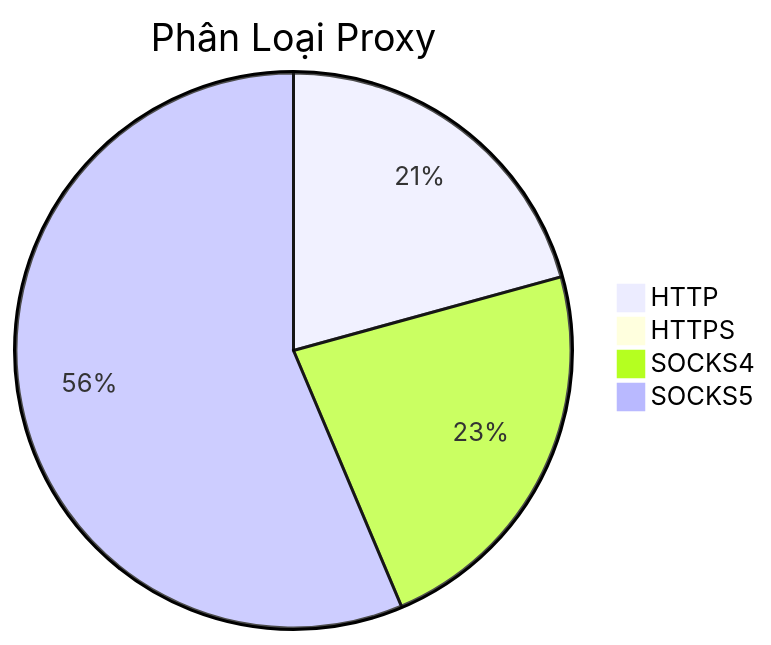
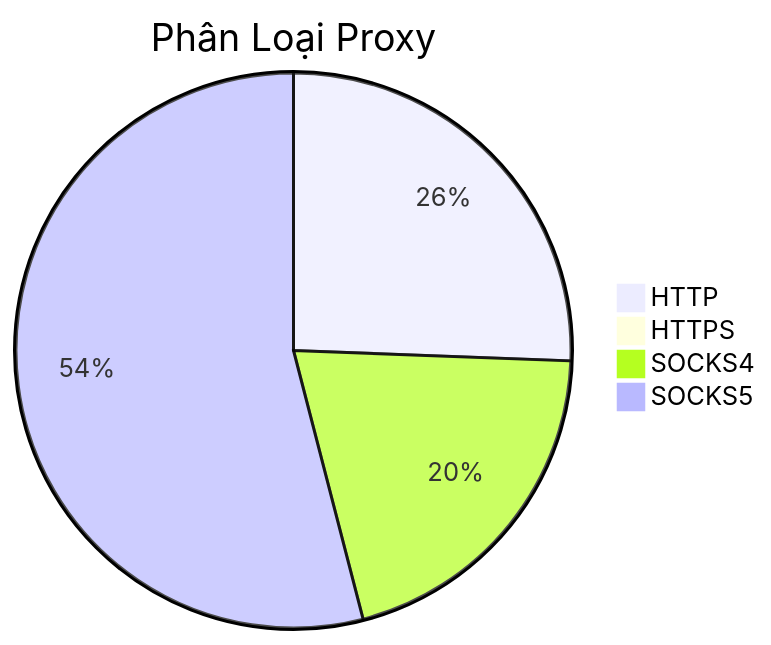
The diagram in README.md (Ciara-Aa/PROXY-free), drawn with Mermaid before and after one commit. The commit also changed other lines of this file and 4 other files, not shown here.

````diff
--- a/README.md
+++ b/README.md
@@ -26,7 +26,7 @@
 ```mermaid
 pie title Phân Loại Proxy
-    "HTTP" : 274
-    "HTTPS" : 3
-    "SOCKS4" : 303
-    "SOCKS5" : 745
+    "HTTP" : 387
+    "HTTPS" : 4
+    "SOCKS4" : 308
+    "SOCKS5" : 817
 ```
````
